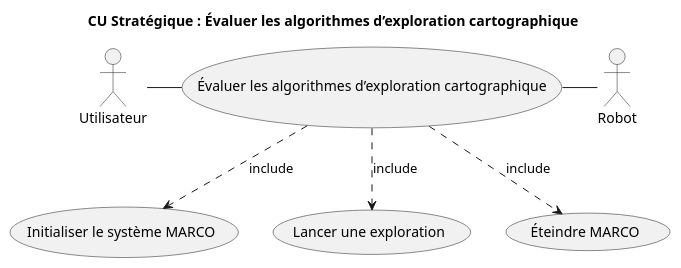
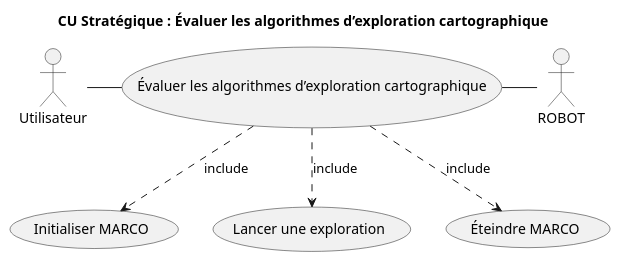
One commit to Larson-09/PATO_Project changed the diagram in Diagrammes UML/1.2.1 CU Stratégique/1.2.1 CU Stratégique.puml. Above: the diagram before and after it, drawn with PlantUML.

Commit message:
Update 1.2.1 CU Stratégique.puml

```diff
--- a/Diagrammes UML/1.2.1 CU Stratégique/1.2.1 CU Stratégique.puml
+++ b/Diagrammes UML/1.2.1 CU Stratégique/1.2.1 CU Stratégique.puml
@@ -1,17 +1,17 @@
 @startuml
 'https://plantuml.com/use-case-diagram
 
 title CU Stratégique : Évaluer les algorithmes d’exploration cartographique
 skinparam shadowing false
 
 
 
 Utilisateur as Utilisateur 
-Robot as Robot
+ROBOT as ROBOT
 
 Utilisateur -right- (Évaluer les algorithmes d’exploration cartographique)
-Robot -left- (Évaluer les algorithmes d’exploration cartographique)
-(Évaluer les algorithmes d’exploration cartographique) -.> (Initialiser le système MARCO) : include
+ROBOT -left- (Évaluer les algorithmes d’exploration cartographique)
+(Évaluer les algorithmes d’exploration cartographique) -.> (Initialiser MARCO) : include
 (Évaluer les algorithmes d’exploration cartographique) -.> (Lancer une exploration) : include
 (Évaluer les algorithmes d’exploration cartographique) -.> (Éteindre MARCO) : include
 @enduml
```
